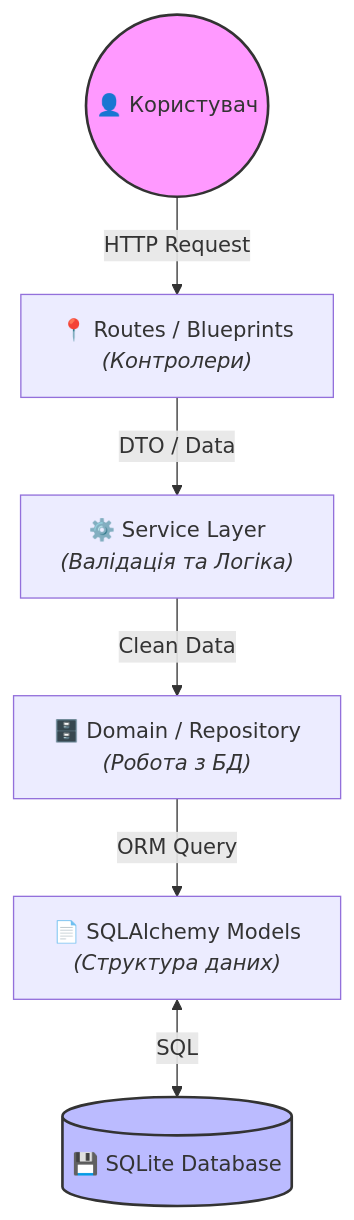
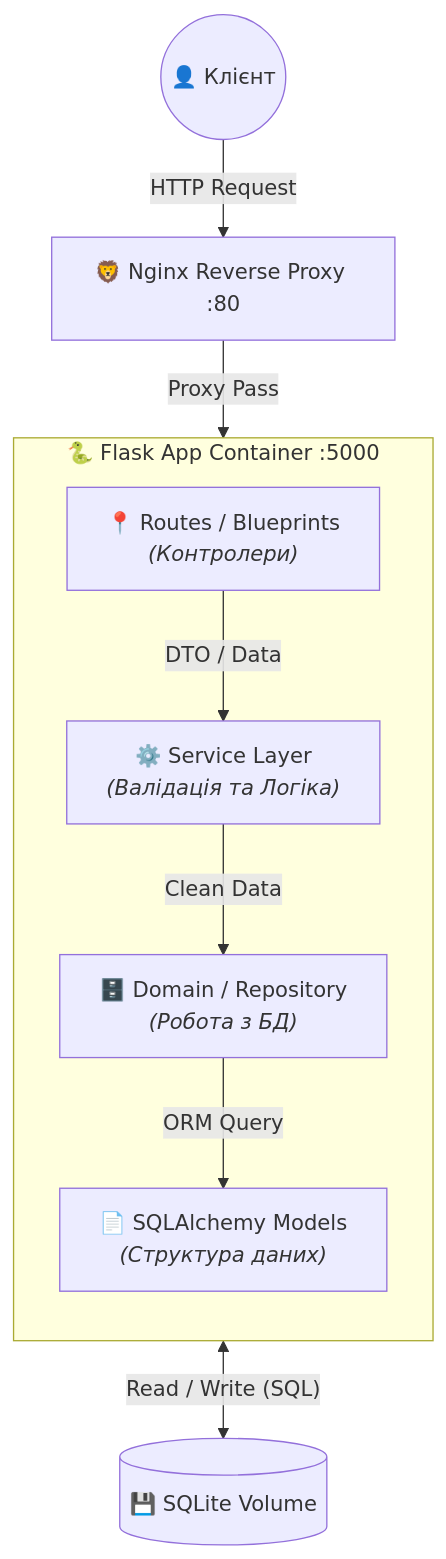
Before and after one commit to DanyloLyk/Ne_Programisty: the diagram in README.md, drawn with Mermaid.

Commit message:
Enhance architecture diagram in README
Updated the project architecture diagram in the README to include infrastructure and service relationships.

````diff
--- a/README.md
+++ b/README.md
@@ -77,21 +77,30 @@
 ```mermaid
 graph TD
-    %% Вузли
-    Client((👤 Користувач))
-    Routes["📍 Routes / Blueprints<br><i>(Контролери)</i>"]
-    Service["⚙️ Service Layer<br><i>(Валідація та Логіка)</i>"]
-    Domain["🗄️ Domain / Repository<br><i>(Робота з БД)</i>"]
-    Models["📄 SQLAlchemy Models<br><i>(Структура даних)</i>"]
-    DB[(💾 SQLite Database)]
+    %% --- ЗОВНІШНІЙ СВІТ ---
+    Client((👤 Клієнт))
+    
+    %% --- ІНФРАСТРУКТУРА (Docker Compose) ---
+    Nginx[🦁 Nginx Reverse Proxy :80]
+    
+    %% --- КОНТЕЙНЕР FLASK (Всередині) ---
+    subgraph FlaskContainer [🐍 Flask App Container :5000]
+        direction TB
+        Routes["📍 Routes / Blueprints<br><i>(Контролери)</i>"]
+        Service["⚙️ Service Layer<br><i>(Валідація та Логіка)</i>"]
+        Domain["🗄️ Domain / Repository<br><i>(Робота з БД)</i>"]
+        Models["📄 SQLAlchemy Models<br><i>(Структура даних)</i>"]
+        
+        %% Зв'язки всередині Python коду
+        Routes -- "DTO / Data" --> Service
+        Service -- "Clean Data" --> Domain
+        Domain -- "ORM Query" --> Models
+    end
 
-    %% Стилі
-    style Client fill:#f9f,stroke:#333,stroke-width:2px
-    style DB fill:#bbf,stroke:#333,stroke-width:2px
+    %% --- БАЗА ДАНИХ ---
+    DB[(💾 SQLite Volume)]
 
-    %% Зв'язки
-    Client -- HTTP Request --> Routes
-    Routes -- DTO / Data --> Service
-    Service -- Clean Data --> Domain
-    Domain -- ORM Query --> Models
-    Models <-- SQL --> DB
+    %% --- ЗВ'ЯЗКИ МІЖ СЕРВІСАМИ ---
+    Client -- "HTTP Request" --> Nginx
+    Nginx -- "Proxy Pass" --> Routes
+    Models <-- "Read / Write (SQL)" --> DB
 ```
````
